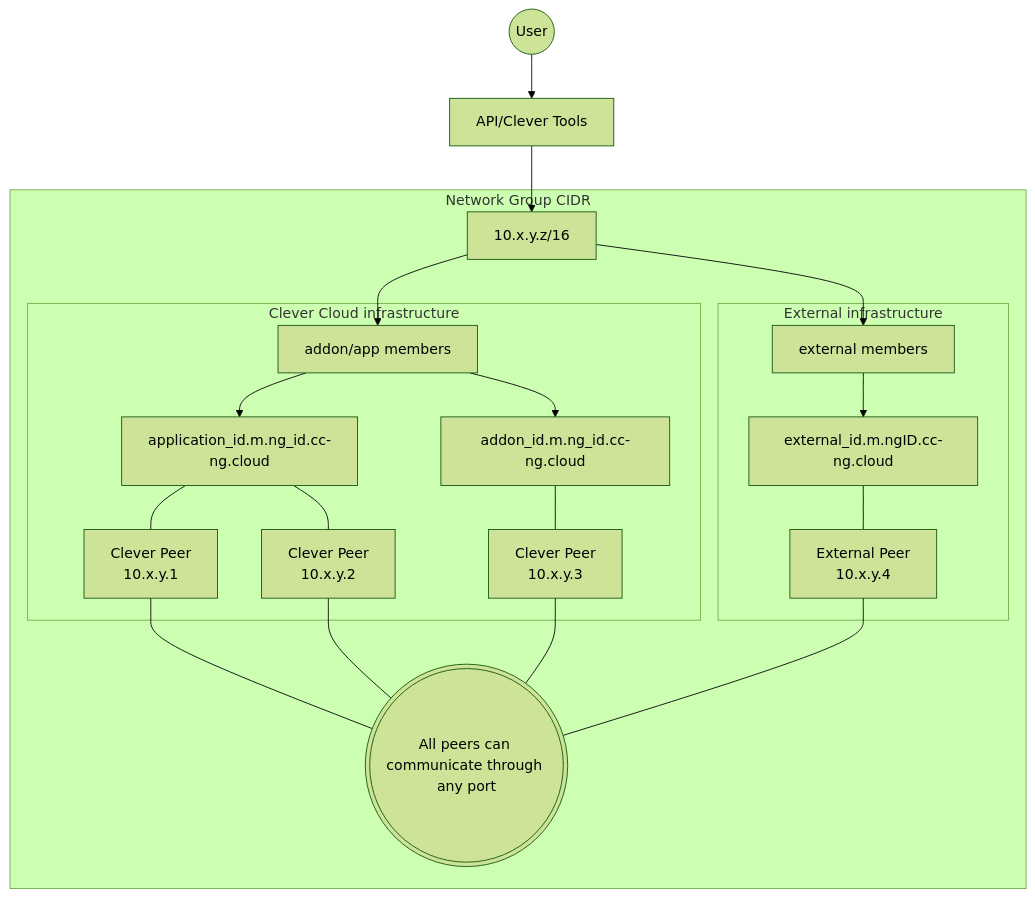
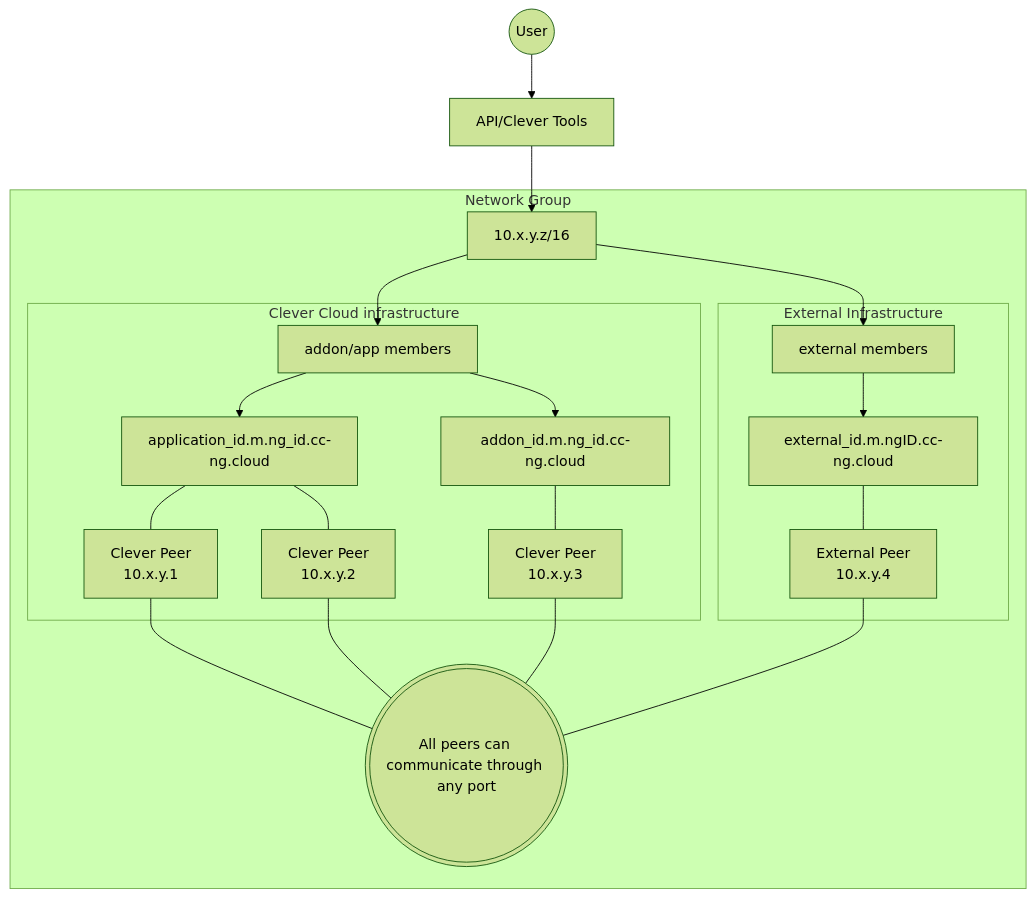
Before and after one commit to CleverCloud/documentation: the diagram in content/doc/develop/network-groups.md, drawn with Mermaid (forest theme). The commit also changed other lines of this file and 1 other file, not shown here.

Commit message:
changelog: Clever Tools 3.12

````diff
--- a/content/doc/develop/network-groups.md
+++ b/content/doc/develop/network-groups.md
@@ -45,31 +45,35 @@
 ```mermaid
 flowchart TD
     User((User)) --> API[API/Clever Tools]
-    API --> NG[10.x.y.z/16]
+    API --> NG[ 10.x.y.z/16]
 
-    subgraph "Network Group CIDR"
+    subgraph "Network Group"
         NG --> CC[addon/app members]
         NG --> Ext[external members]
 
         subgraph "Clever Cloud infrastructure"
             CC --> App[application_id.m.ng_id.cc-ng.cloud]
             CC --> DB[addon_id.m.ng_id.cc-ng.cloud]
-            App --- AppP1[Clever Peer\n10.x.y.1]
-            App --- AppP2[Clever Peer\n10.x.y.2]
-            DB --- DBP[Clever Peer\n10.x.y.3]
+            App --- AppP1[Clever Peer
+            10.x.y.1]
+            App --- AppP2[Clever Peer
+            10.x.y.2]
+            DB --- DBP[Clever Peer
+            10.x.y.3]
         end
 
-        subgraph "External infrastructure"
+        subgraph "External Infrastructure"
             Ext --> ExtRes[external_id.m.ngID.cc-ng.cloud]
-            ExtRes --- ExtP[External Peer\n10.x.y.4]
+            ExtRes --- ExtP[External Peer
+            10.x.y.4]
         end
 
 
         %% Mesh network represented by a connecting circle
         MeshNet((("All peers can communicate through any port")))
         AppP1 --- MeshNet
         AppP2 --- MeshNet
         DBP --- MeshNet
         ExtP --- MeshNet
     end
 ```
````
